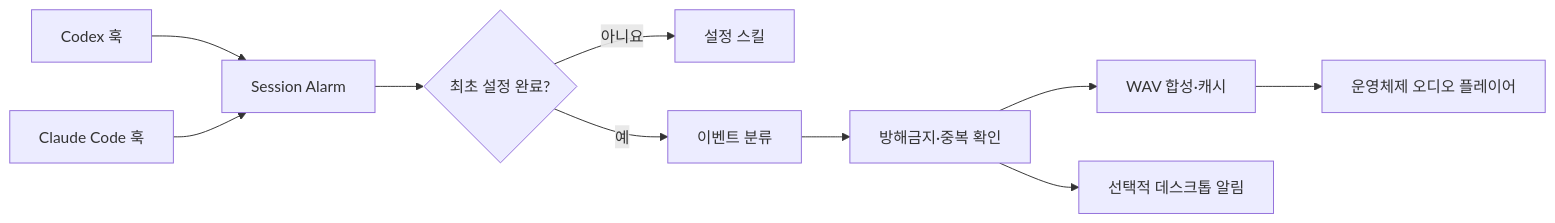
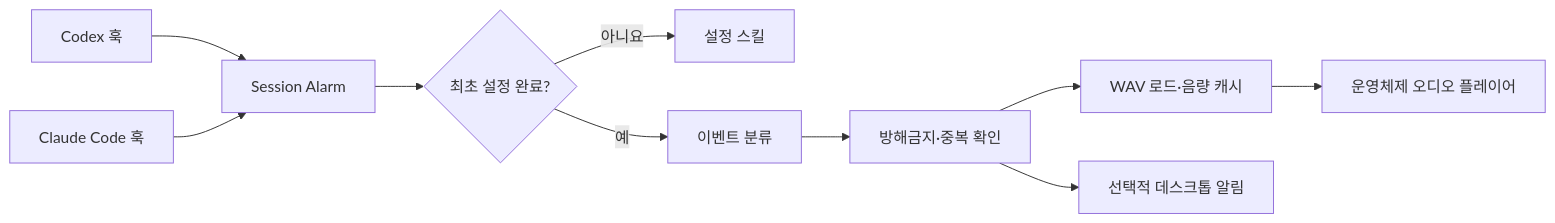
The diagram in docs/README.ko.md (djfksjd/session-alarm), drawn with Mermaid before and after one commit. The commit also changed other lines of this file and 60 other files, not shown here.

````diff
--- a/docs/README.ko.md
+++ b/docs/README.ko.md
@@ -164,12 +169,12 @@
 ```mermaid
 flowchart LR
     A[Codex 훅] --> C[Session Alarm]
     B[Claude Code 훅] --> C
     C --> D{최초 설정 완료?}
     D -- 아니요 --> E[설정 스킬]
     D -- 예 --> F[이벤트 분류]
     F --> G[방해금지·중복 확인]
-    G --> H[WAV 합성·캐시]
+    G --> H[WAV 로드·음량 캐시]
     H --> I[운영체제 오디오 플레이어]
     G --> J[선택적 데스크톱 알림]
 ```
````
